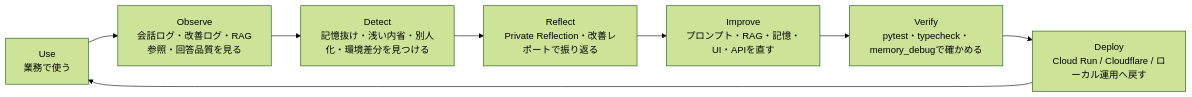
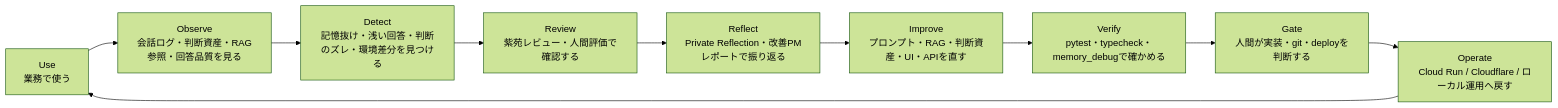
The second of 2 diagrams in reports/hackathon_system_architecture_revised.md (tune-77/tune_lease_55), drawn with Mermaid (forest theme) before and after one commit. The commit also changed other lines of this file and 30 other files, not shown here.

````diff
--- a/reports/hackathon_system_architecture_revised.md
+++ b/reports/hackathon_system_architecture_revised.md
@@ -46,10 +74,12 @@
 ```mermaid
 flowchart LR
-    A["Use<br/>業務で使う"] --> B["Observe<br/>会話ログ・改善ログ・RAG参照・回答品質を見る"]
-    B --> C["Detect<br/>記憶抜け・浅い内省・別人化・環境差分を見つける"]
-    C --> D["Reflect<br/>Private Reflection・改善レポートで振り返る"]
-    D --> E["Improve<br/>プロンプト・RAG・記憶・UI・APIを直す"]
-    E --> F["Verify<br/>pytest・typecheck・memory_debugで確かめる"]
-    F --> G["Deploy<br/>Cloud Run / Cloudflare / ローカル運用へ戻す"]
-    G --> A
+    A["Use<br/>業務で使う"] --> B["Observe<br/>会話ログ・判断資産・RAG参照・回答品質を見る"]
+    B --> C["Detect<br/>記憶抜け・浅い回答・判断のズレ・環境差分を見つける"]
+    C --> D["Review<br/>紫苑レビュー・人間評価で確認する"]
+    D --> E["Reflect<br/>Private Reflection・改善PMレポートで振り返る"]
+    E --> F["Improve<br/>プロンプト・RAG・判断資産・UI・APIを直す"]
+    F --> G["Verify<br/>pytest・typecheck・memory_debugで確かめる"]
+    G --> H["Gate<br/>人間が実装・git・deployを判断する"]
+    H --> I["Operate<br/>Cloud Run / Cloudflare / ローカル運用へ戻す"]
+    I --> A
 ```
````
